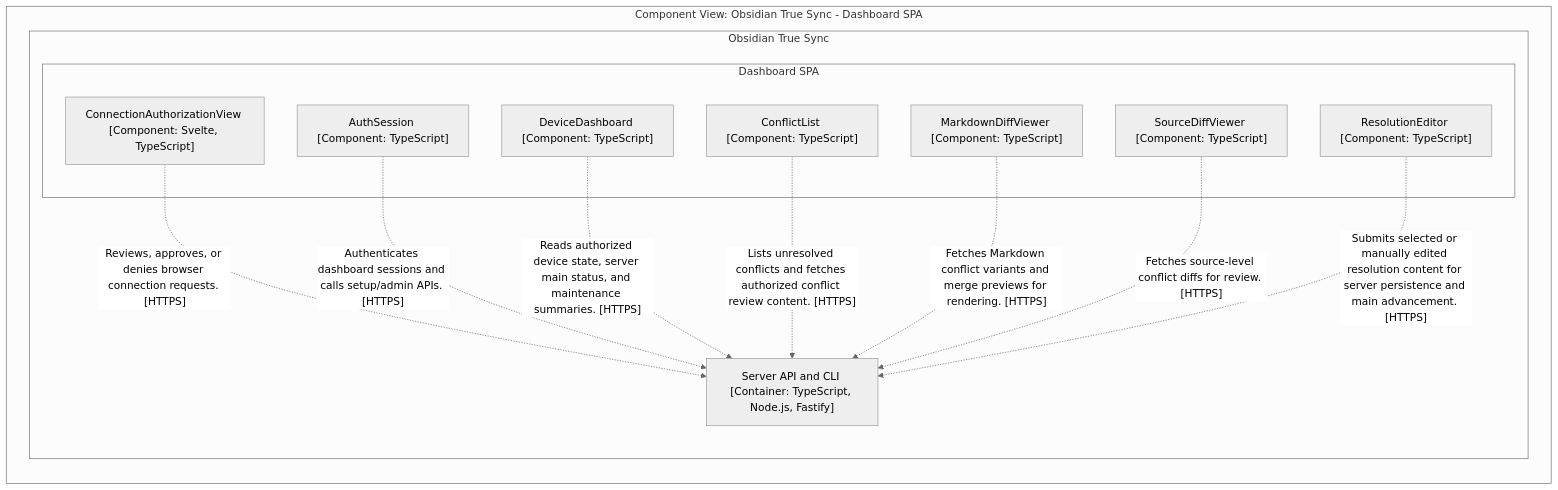
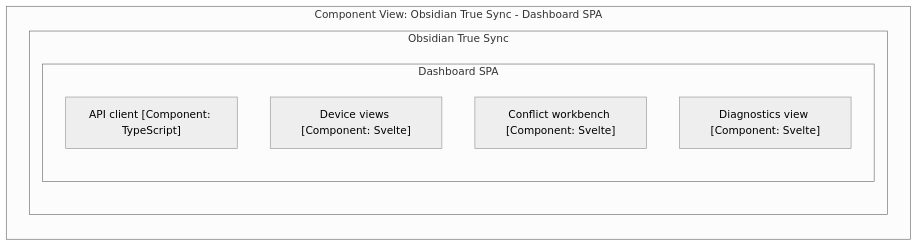
Before and after one commit to nareto/obts: the second of 5 diagrams in architecture/DIAGRAMS.md, drawn with Mermaid (neutral theme). The commit also changed other lines of this file and 27 other files, not shown here.

````diff
--- a/architecture/DIAGRAMS.md
+++ b/architecture/DIAGRAMS.md
@@ -54,32 +50,20 @@
 ```mermaid
 graph LR
 
   subgraph diagram ["Component View: Obsidian True Sync - Dashboard SPA"]
 
-    subgraph 6 ["Obsidian True Sync"]
+    subgraph 5 ["Obsidian True Sync"]
 
-      subgraph 23 ["Dashboard SPA"]
+      subgraph 15 ["Dashboard SPA"]
 
-        24["AuthSession [Component: TypeScript]"]
-        25["ConnectionAuthorizationView [Component: Svelte, TypeScript]"]
-        26["DeviceDashboard [Component: TypeScript]"]
-        27["ConflictList [Component: TypeScript]"]
-        28["MarkdownDiffViewer [Component: TypeScript]"]
-        29["SourceDiffViewer [Component: TypeScript]"]
-        30["ResolutionEditor [Component: TypeScript]"]
+        16["API client [Component: TypeScript]"]
+        17["Device views [Component: Svelte]"]
+        18["Conflict workbench [Component: Svelte]"]
+        19["Diagnostics view [Component: Svelte]"]
       end
 
-      7["Server API and CLI [Container: TypeScript, Node.js, Fastify]"]
     end
-
-    25-. "Reviews, approves, or denies browser connection requests. [HTTPS]" .->7
-    24-. "Authenticates dashboard sessions and calls setup/admin APIs. [HTTPS]" .->7
-    26-. "Reads authorized device state, server main status, and maintenance summaries. [HTTPS]" .->7
-    27-. "Lists unresolved conflicts and fetches authorized conflict review content. [HTTPS]" .->7
-    28-. "Fetches Markdown conflict variants and merge previews for rendering. [HTTPS]" .->7
-    29-. "Fetches source-level conflict diffs for review. [HTTPS]" .->7
-    30-. "Submits selected or manually edited resolution content for server persistence and main advancement. [HTTPS]" .->7
 
   end
 
 ```
````
